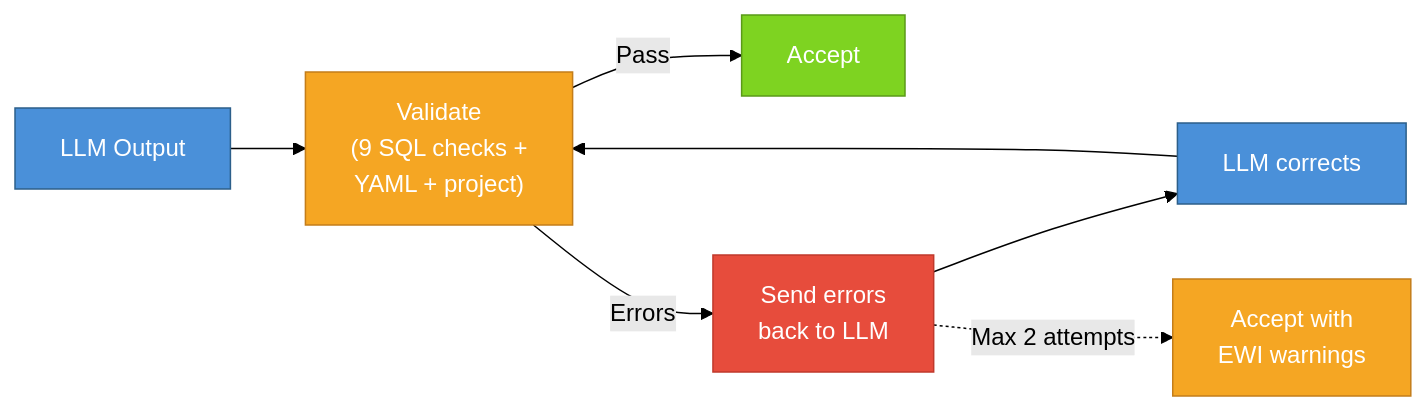
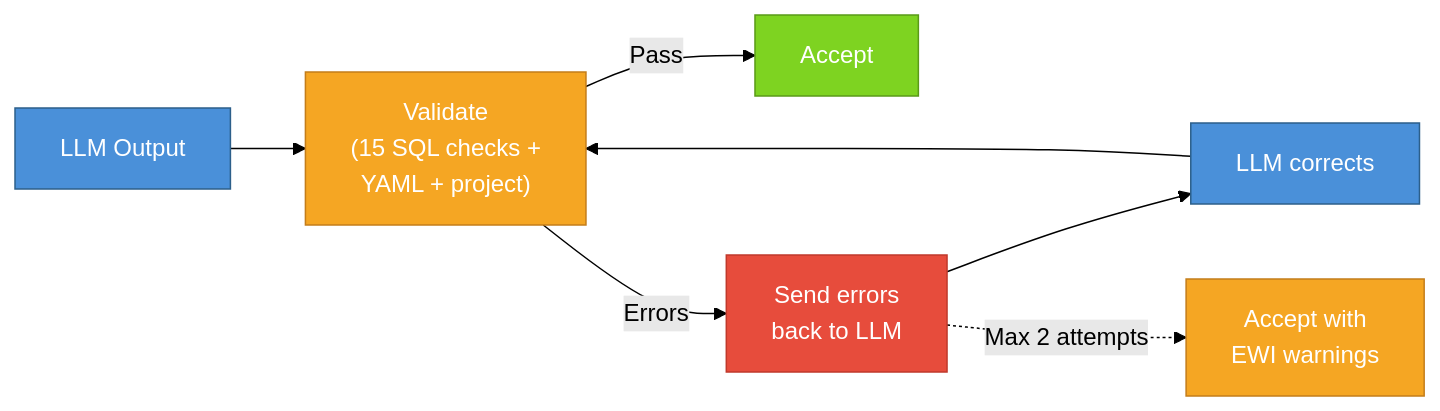
Before and after one commit to vicky437-ai/snowflake_rbac_tagging: the ninth of 13 diagrams in datamodel/Final_Reviewd_Version/v2_production_ready_v1/Technical_Design_Document.md, drawn with Mermaid (forest theme). The commit also changed other lines of this file and 3 other files, not shown here.

````diff
--- a/datamodel/Final_Reviewd_Version/v2_production_ready_v1/Technical_Design_Document.md
+++ b/datamodel/Final_Reviewd_Version/v2_production_ready_v1/Technical_Design_Document.md
@@ -555,16 +566,16 @@
 ```mermaid
 flowchart LR
-    A["LLM Output"] --> B["Validate\n(9 SQL checks +\nYAML + project)"]
+    A["LLM Output"] --> B["Validate\n(15 SQL checks +\nYAML + project)"]
     B -->|"Pass"| C["Accept"]
     B -->|"Errors"| D["Send errors\nback to LLM"]
     D --> E["LLM corrects"]
     E --> B
     D -.->|"Max 2 attempts"| F["Accept with\nEWI warnings"]
 
     style A fill:#4A90D9,stroke:#2C5F8A,color:#fff
     style B fill:#F5A623,stroke:#C47D1A,color:#fff
     style C fill:#7ED321,stroke:#5A9A18,color:#fff
     style D fill:#E74C3C,stroke:#C0392B,color:#fff
     style E fill:#4A90D9,stroke:#2C5F8A,color:#fff
     style F fill:#F5A623,stroke:#C47D1A,color:#fff
 ```
````
